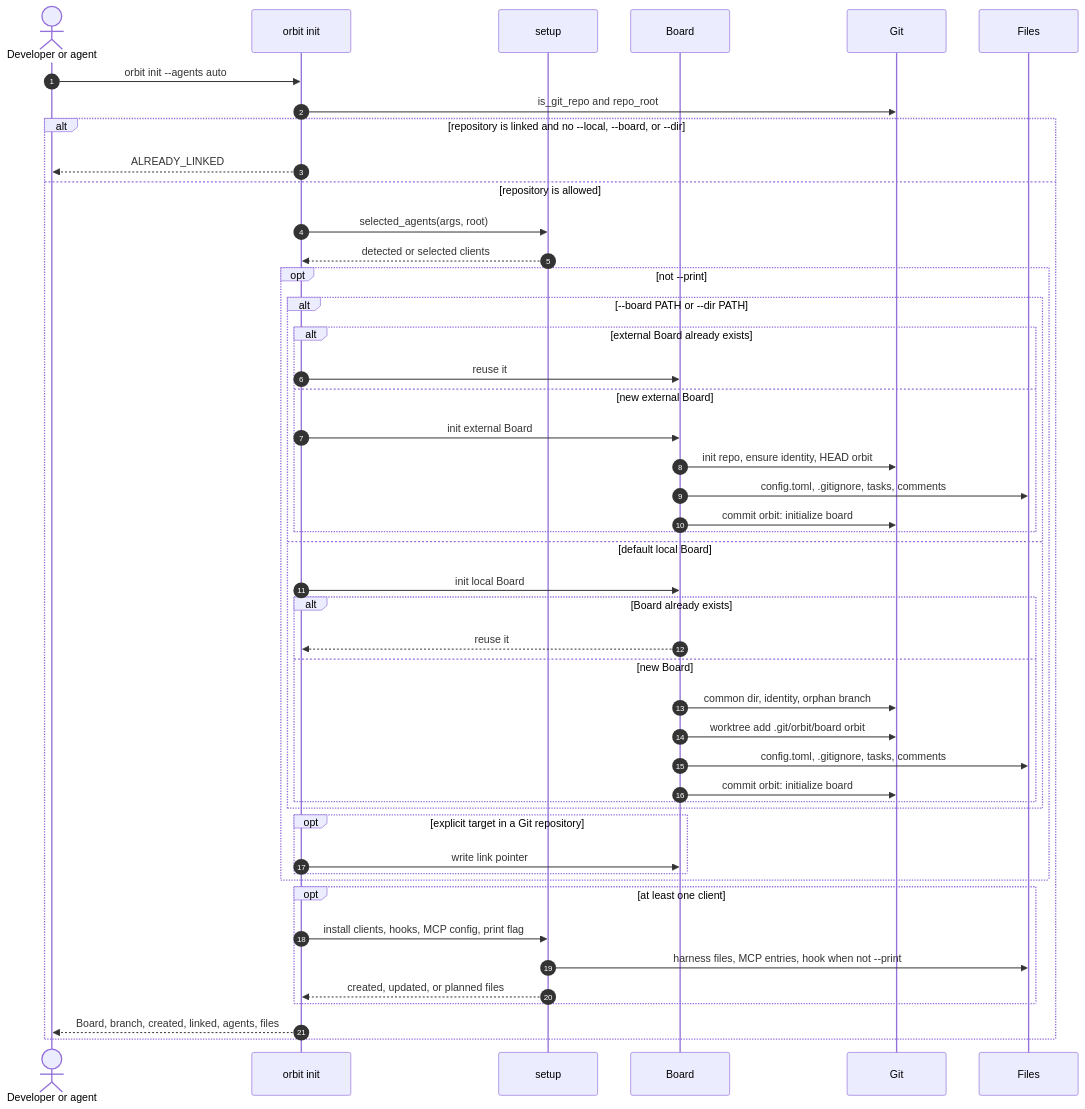
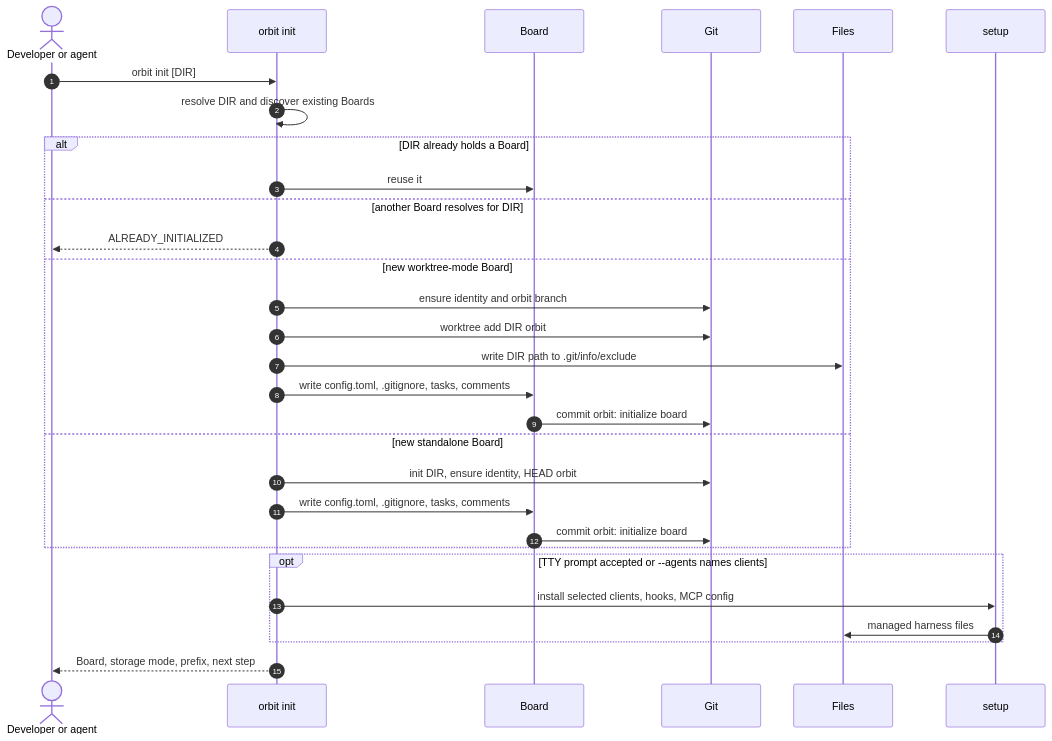
The tenth of 14 diagrams in docs/ARCHITECTURE.md (rcmendes/orbit), drawn with Mermaid before and after one commit. The commit also changed other lines of this file and 12 other files, not shown here.

````diff
--- a/docs/ARCHITECTURE.md
+++ b/docs/ARCHITECTURE.md
@@ -512,50 +541,33 @@
 ```mermaid
 sequenceDiagram
     autonumber
     actor Dev as Developer or agent
     participant CLI as orbit init
-    participant SET as setup
     participant BRD as Board
     participant GIT as Git
     participant FS as Files
+    participant SET as setup
 
-    Dev->>CLI: orbit init --agents auto
-    CLI->>GIT: is_git_repo and repo_root
-    alt repository is linked and no --local, --board, or --dir
-        CLI-->>Dev: ALREADY_LINKED
-    else repository is allowed
-        CLI->>SET: selected_agents(args, root)
-        SET-->>CLI: detected or selected clients
-        opt not --print
-            alt --board PATH or --dir PATH
-                alt external Board already exists
-                    CLI->>BRD: reuse it
-                else new external Board
-                    CLI->>BRD: init external Board
-                    BRD->>GIT: init repo, ensure identity, HEAD orbit
-                    BRD->>FS: config.toml, .gitignore, tasks, comments
-                    BRD->>GIT: commit orbit: initialize board
-                end
-            else default local Board
-                CLI->>BRD: init local Board
-                alt Board already exists
-                    BRD-->>CLI: reuse it
-                else new Board
-                    BRD->>GIT: common dir, identity, orphan branch
-                    BRD->>GIT: worktree add .git/orbit/board orbit
-                    BRD->>FS: config.toml, .gitignore, tasks, comments
-                    BRD->>GIT: commit orbit: initialize board
-                end
-            end
-            opt explicit target in a Git repository
-                CLI->>BRD: write link pointer
-            end
-        end
-        opt at least one client
-            CLI->>SET: install clients, hooks, MCP config, print flag
-            SET->>FS: harness files, MCP entries, hook when not --print
-            SET-->>CLI: created, updated, or planned files
-        end
-        CLI-->>Dev: Board, branch, created, linked, agents, files
+    Dev->>CLI: orbit init [DIR]
+    CLI->>CLI: resolve DIR and discover existing Boards
+    alt DIR already holds a Board
+        CLI->>BRD: reuse it
+    else another Board resolves for DIR
+        CLI-->>Dev: ALREADY_INITIALIZED
+    else new worktree-mode Board
+        CLI->>GIT: ensure identity and orbit branch
+        CLI->>GIT: worktree add DIR orbit
+        CLI->>FS: write DIR path to .git/info/exclude
+        CLI->>BRD: write config.toml, .gitignore, tasks, comments
+        BRD->>GIT: commit orbit: initialize board
+    else new standalone Board
+        CLI->>GIT: init DIR, ensure identity, HEAD orbit
+        CLI->>BRD: write config.toml, .gitignore, tasks, comments
+        BRD->>GIT: commit orbit: initialize board
     end
+    opt TTY prompt accepted or --agents names clients
+        CLI->>SET: install selected clients, hooks, MCP config
+        SET->>FS: managed harness files
+    end
+    CLI-->>Dev: Board, storage mode, prefix, next step
 ```
````
